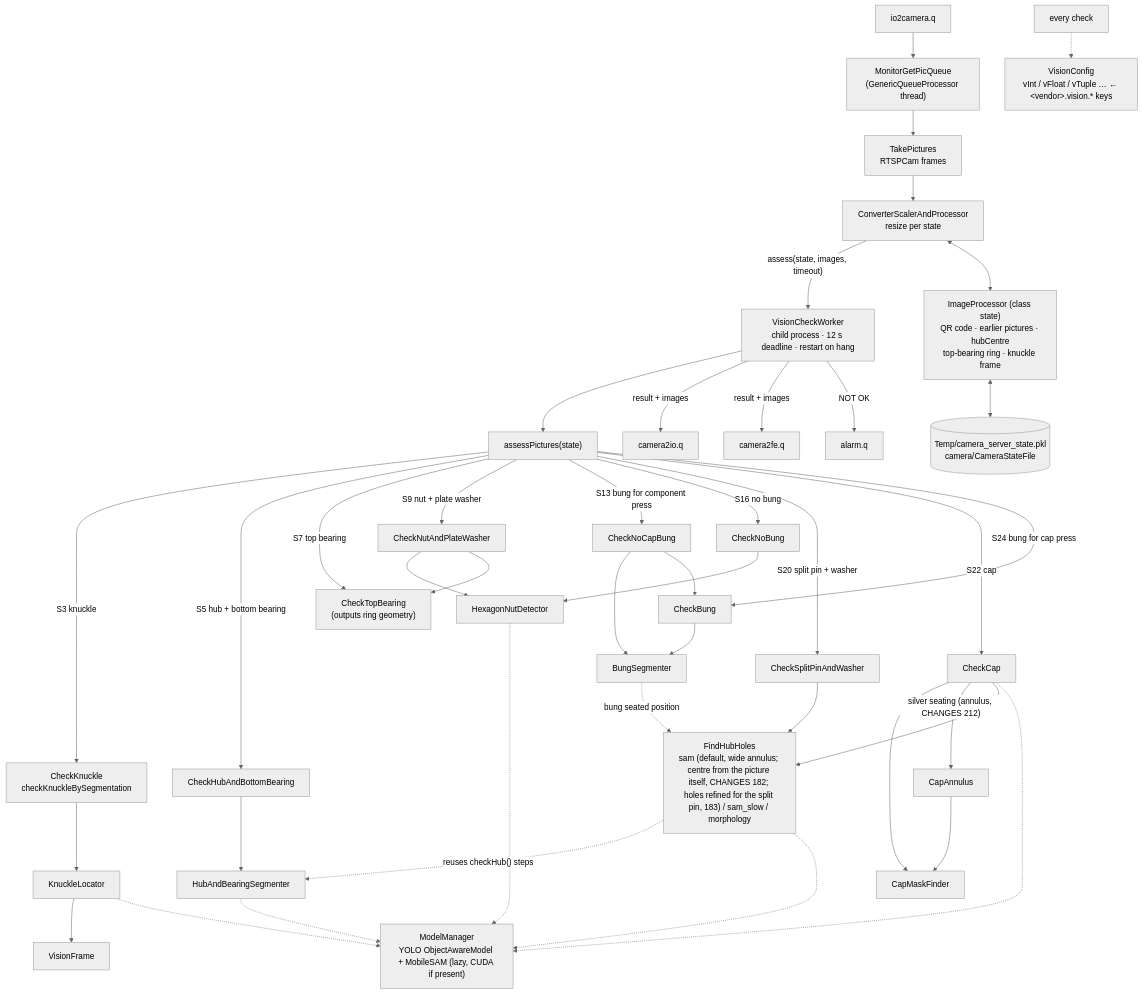
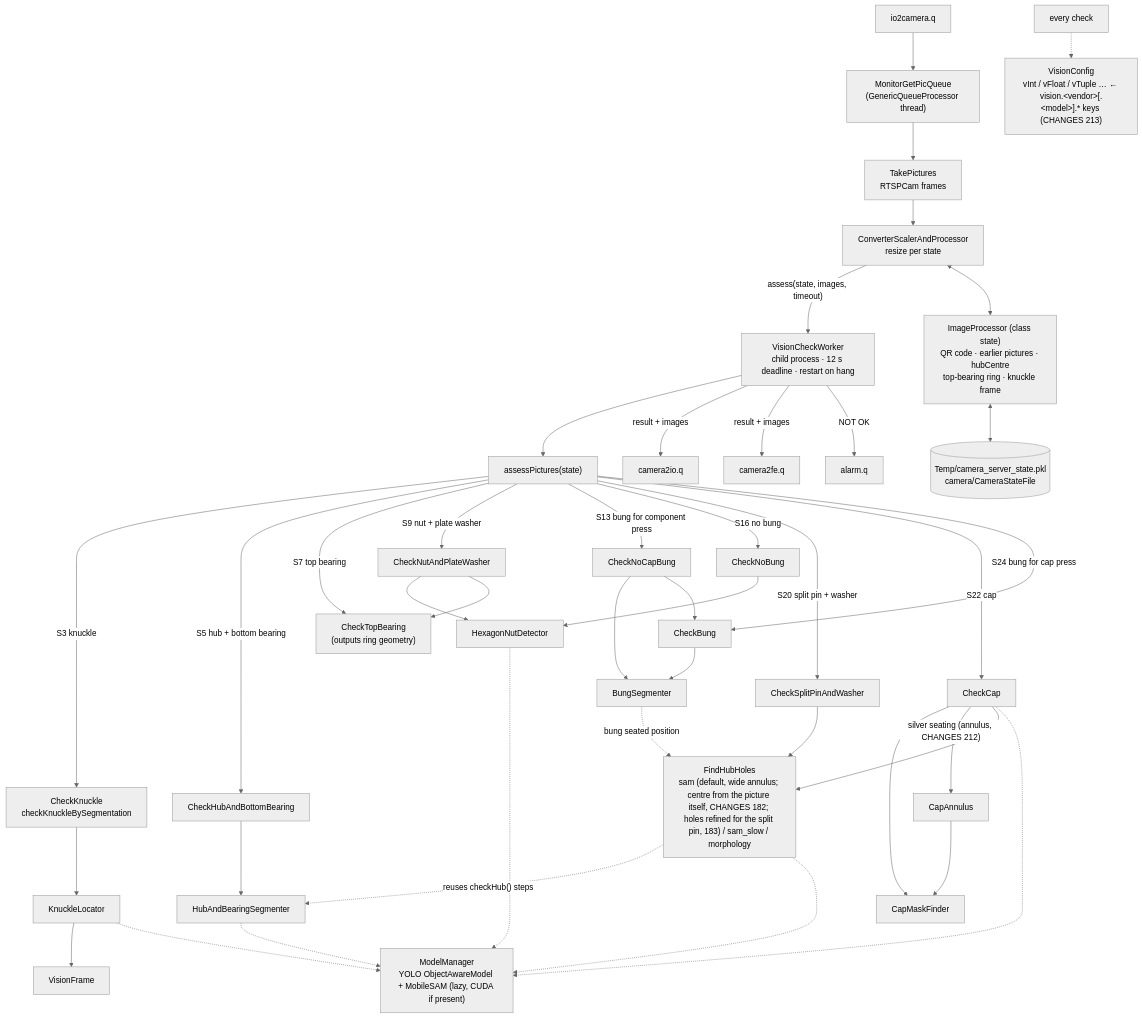
The diagram in docs/code_graph/3_camera.mmd (UBags/AshokLeyland_Machine2), drawn with Mermaid (neutral theme) before and after one commit. The commit also changed 76 other files, not shown here.

First line of the commit message:
213: vision keys renamed to vision.<vendor>[.<dost|dostplus>].<check>... (utils/VisionKeyNames.py), old names not read and reported once, converter for local files; start-up deadlock on that report fixed

```diff
--- a/docs/code_graph/3_camera.mmd
+++ b/docs/code_graph/3_camera.mmd
@@ -1,32 +1,32 @@
 flowchart TB
   IN["io2camera.q"] --> M["MonitorGetPicQueue<br/>(GenericQueueProcessor thread)"]
   M --> T["TakePictures<br/>RTSPCam frames"]
   T --> C["ConverterScalerAndProcessor<br/>resize per state"]
   C -->|"assess(state, images, timeout)"| W["VisionCheckWorker<br/>child process · 12 s deadline · restart on hang"]
   W --> A["assessPictures(state)"]
   IP["ImageProcessor (class state)<br/>QR code · earlier pictures · hubCentre<br/>top-bearing ring · knuckle frame"]
   SF[("Temp/camera_server_state.pkl<br/>camera/CameraStateFile")]
   IP <--> SF
   C <--> IP
   A -->|"S3 knuckle"| K["CheckKnuckle<br/>checkKnuckleBySegmentation"]
   K --> KL["KnuckleLocator"] --> VF["VisionFrame"]
   A -->|"S5 hub + bottom bearing"| H["CheckHubAndBottomBearing"] --> HS["HubAndBearingSegmenter"]
   A -->|"S7 top bearing"| TB["CheckTopBearing<br/>(outputs ring geometry)"]
   A -->|"S9 nut + plate washer"| N["CheckNutAndPlateWasher"] --> HN["HexagonNutDetector"]
   N --> TB
   A -->|"S13 bung for component press"| NCB["CheckNoCapBung"] --> BS["BungSegmenter"]
   NCB --> CB
   A -->|"S16 no bung"| NB["CheckNoBung"] --> HN
   A -->|"S20 split pin + washer"| SP["CheckSplitPinAndWasher"]
   A -->|"S22 cap"| CP["CheckCap"] --> CMF["CapMaskFinder"]
   CP -->|"silver seating (annulus, CHANGES 212)"| CAN["CapAnnulus"] --> CMF
   A -->|"S24 bung for cap press"| CB["CheckBung"] --> BS
   SP & CP --> FH["FindHubHoles<br/>sam (default, wide annulus; centre from the picture itself, CHANGES 182; holes refined for the split pin, 183) / sam_slow / morphology"]
   BS -.->|"bung seated position"| FH
   FH -.->|"reuses checkHub() steps"| HS
   HS & HN & KL -.-> MM["ModelManager<br/>YOLO ObjectAwareModel + MobileSAM (lazy, CUDA if present)"]
   FH -.-> MM
   CP -.-> MM
-  ALLV["every check"] -.-> VC["VisionConfig<br/>vInt / vFloat / vTuple … ← &lt;vendor&gt;.vision.* keys"]
+  ALLV["every check"] -.-> VC["VisionConfig<br/>vInt / vFloat / vTuple … ← vision.&lt;vendor&gt;[.&lt;model&gt;].* keys (CHANGES 213)"]
   W -->|"result + images"| OUT1["camera2io.q"] & OUT2["camera2fe.q"]
   W -->|"NOT OK"| OUT3["alarm.q"]
```
